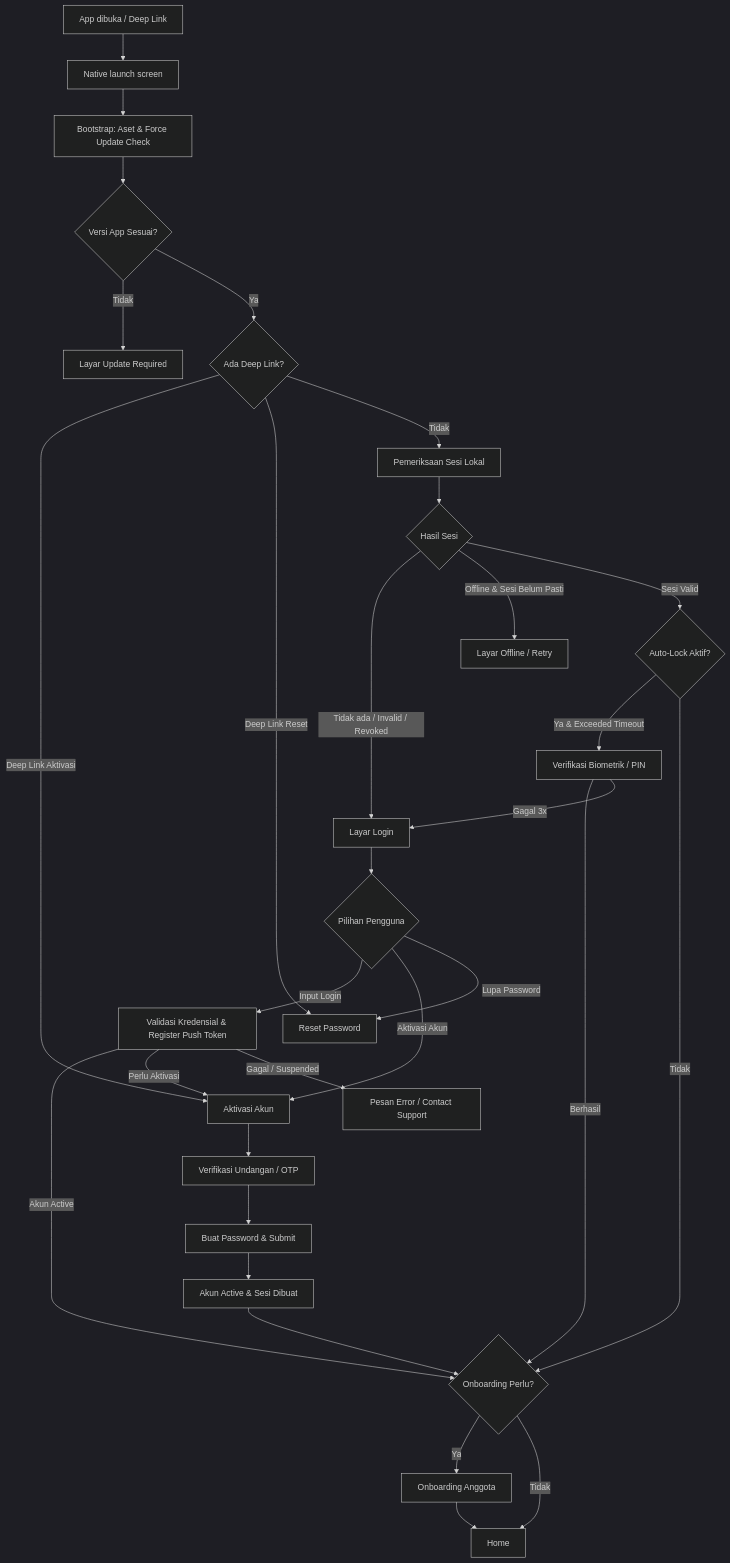
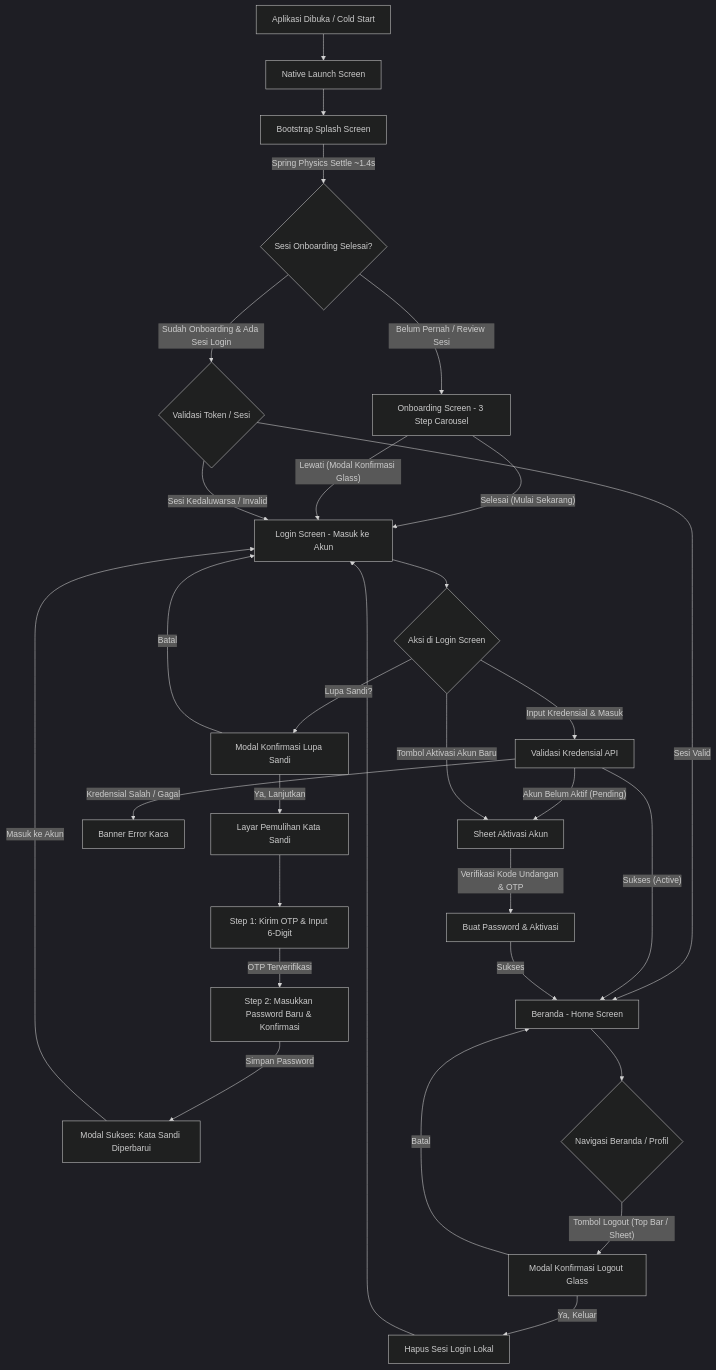
One commit to restu-akbar/palti-fx changed the diagram in LoginFlow.md. Above: the diagram before and after it, drawn with Mermaid (dark theme). The commit also changed other lines of this file, not shown here.

Commit message:
fix: fixing existing UI splicing on login screen

````diff
--- a/LoginFlow.md
+++ b/LoginFlow.md
@@ -37,38 +14,39 @@
 ```mermaid
 flowchart TD
-    A[App dibuka / Deep Link] --> B[Native launch screen]
-    B --> C[Bootstrap: Aset & Force Update Check]
-    C --> C1{Versi App Sesuai?}
-    C1 -- Tidak --> C2[Layar Update Required]
-    C1 -- Ya --> C3{Ada Deep Link?}
-    C3 -- Deep Link Aktivasi --> L[Aktivasi Akun]
-    C3 -- Deep Link Reset --> N[Reset Password]
-    C3 -- Tidak --> D[Pemeriksaan Sesi Lokal]
+    A[Aplikasi Dibuka / Cold Start] --> B[Native Launch Screen]
+    B --> C[Bootstrap Splash Screen]
+    C -- Spring Physics Settle ~1.4s --> D{Sesi Onboarding Selesai?}
     
-    D --> E{Hasil Sesi}
-    E -- Tidak ada / Invalid / Revoked --> F[Layar Login]
-    E -- Offline & Sesi Belum Pasti --> G[Layar Offline / Retry]
-    E -- Sesi Valid --> H{Auto-Lock Aktif?}
+    D -- Belum Pernah / Review Sesi --> E[Onboarding Screen - 3 Step Carousel]
+    E -- Selesai (Mulai Sekarang) --> F[Login Screen - Masuk ke Akun]
+    E -- Lewati (Modal Konfirmasi Glass) --> F
     
-    H -- Ya & Exceeded Timeout --> I[Verifikasi Biometrik / PIN]
-    I -- Berhasil --> J{Onboarding Perlu?}
-    I -- Gagal 3x --> F
-    H -- Tidak --> J
+    D -- Sudah Onboarding & Ada Sesi Login --> G{Validasi Token / Sesi}
+    G -- Sesi Valid --> H[Beranda - Home Screen]
+    G -- Sesi Kedaluwarsa / Invalid --> F
     
-    J -- Ya --> K[Onboarding Anggota]
-    J -- Tidak --> M[Home]
-    K --> M
+    F --> I{Aksi di Login Screen}
+    I -- Input Kredensial & Masuk --> J[Validasi Kredensial API]
+    J -- Sukses (Active) --> H
+    J -- Akun Belum Aktif (Pending) --> K[Sheet Aktivasi Akun]
+    J -- Kredensial Salah / Gagal --> L[Banner Error Kaca]
     
-    F --> L1{Pilihan Pengguna}
-    L1 -- Input Login --> O[Validasi Kredensial & Register Push Token]
-    O -- Akun Active --> J
-    O -- Perlu Aktivasi --> L
-    O -- Gagal / Suspended --> P[Pesan Error / Contact Support]
-    L1 -- Aktivasi Akun --> L
-    L1 -- Lupa Password --> N
+    I -- Tombol Aktivasi Akun Baru --> K
+    K -- Verifikasi Kode Undangan & OTP --> M[Buat Password & Aktivasi]
+    M -- Sukses --> H
     
-    L --> Q[Verifikasi Undangan / OTP]
-    Q --> R[Buat Password & Submit]
-    R --> S[Akun Active & Sesi Dibuat]
-    S --> J
+    I -- Lupa Sandi? --> N[Modal Konfirmasi Lupa Sandi]
+    N -- Batal --> F
+    N -- Ya, Lanjutkan --> O[Layar Pemulihan Kata Sandi]
+    
+    O --> P[Step 1: Kirim OTP & Input 6-Digit]
+    P -- OTP Terverifikasi --> Q[Step 2: Masukkan Password Baru & Konfirmasi]
+    Q -- Simpan Password --> R[Modal Sukses: Kata Sandi Diperbarui]
+    R -- Masuk ke Akun --> F
+    
+    H --> S{Navigasi Beranda / Profil}
+    S -- Tombol Logout (Top Bar / Sheet) --> T[Modal Konfirmasi Logout Glass]
+    T -- Batal --> H
+    T -- Ya, Keluar --> U[Hapus Sesi Login Lokal]
+    U --> F
 ```
````
